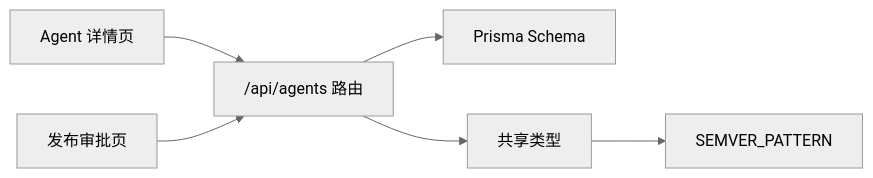
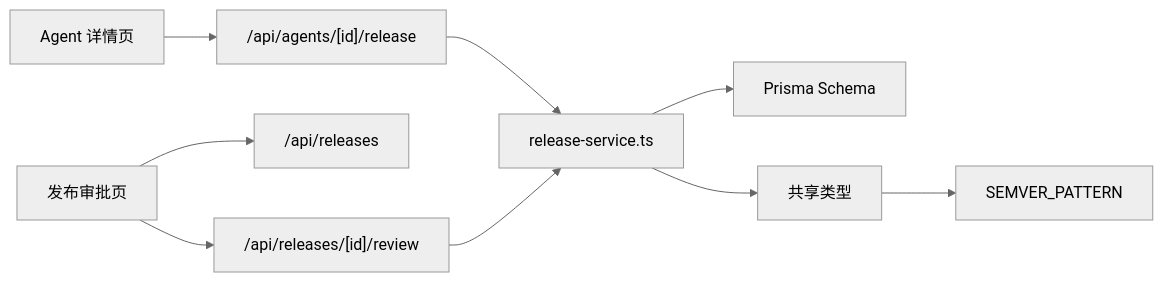
The sixth of 6 diagrams in .qoder/repowiki/zh/content/功能模块/版本控制.md (ai-guru-global/agent-up), drawn with Mermaid (neutral theme) before and after one commit. The commit also changed other lines of this file and 57 other files, not shown here.

````diff
--- a/.qoder/repowiki/zh/content/功能模块/版本控制.md
+++ b/.qoder/repowiki/zh/content/功能模块/版本控制.md
@@ -387,8 +302,11 @@
 ```mermaid
 graph LR
-UI_Agent["Agent 详情页"] --> API["/api/agents 路由"]
-UI_Release["发布审批页"] --> API
-API --> DB["Prisma Schema"]
-API --> Types["共享类型"]
+UI_Agent["Agent 详情页"] --> API_Release["/api/agents/[id]/release"]
+UI_Release["发布审批页"] --> API_Releases["/api/releases"]
+UI_Release --> API_Review["/api/releases/[id]/review"]
+API_Release --> Service_Release["release-service.ts"]
+API_Review --> Service_Release
+Service_Release --> DB["Prisma Schema"]
+Service_Release --> Types["共享类型"]
 Types --> SemVer["SEMVER_PATTERN"]
 ```
````
